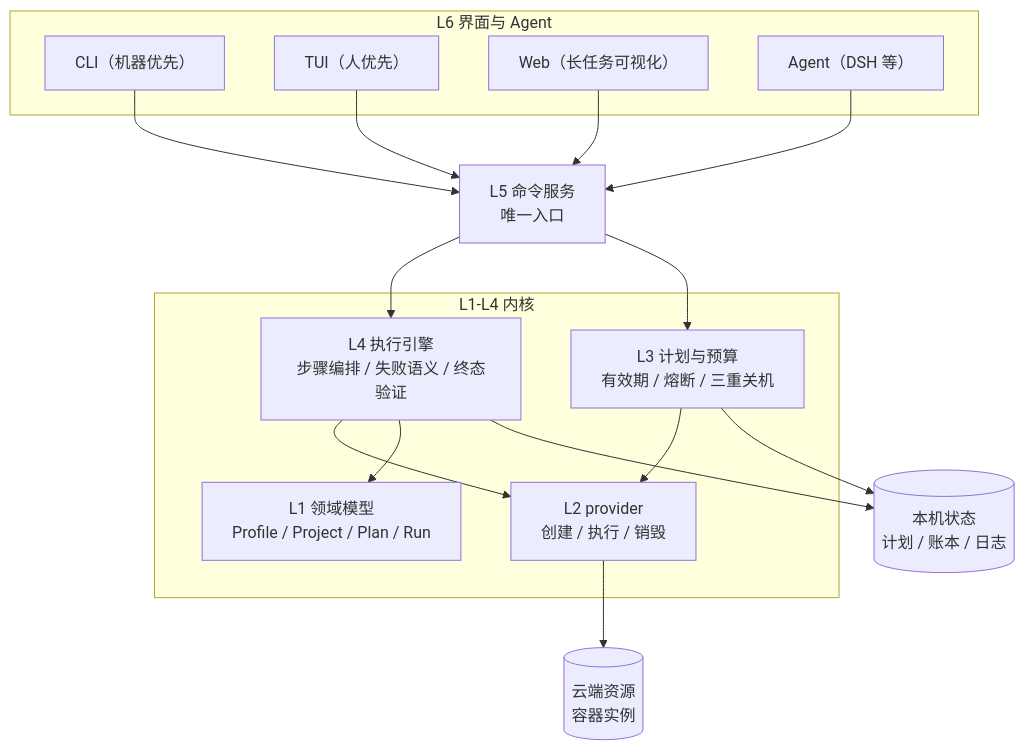
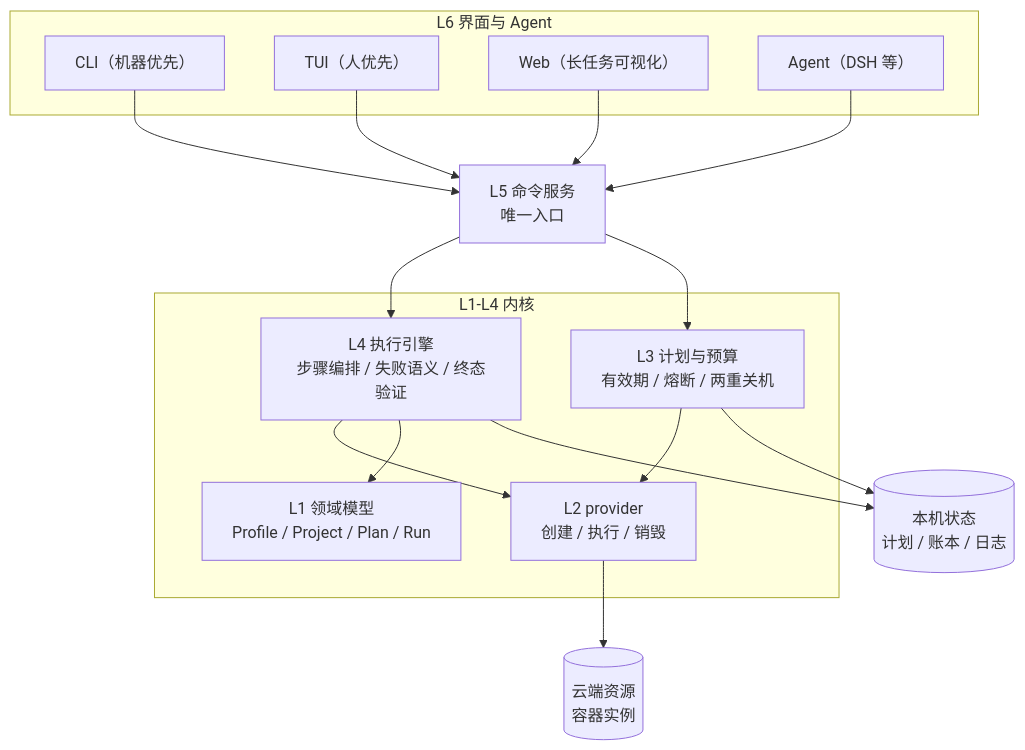
One commit to ZQH123196/deploydeck changed the diagram in docs/architecture.md. Above: the diagram before and after it, drawn with Mermaid. The commit also changed 42 other files, not shown here.

````diff
--- a/docs/architecture.md
+++ b/docs/architecture.md
@@ -9,34 +9,34 @@
 ```mermaid
 flowchart TB
   subgraph U["L6 界面与 Agent"]
     CLI["CLI（机器优先）"]
     TUI["TUI（人优先）"]
     WEB["Web（长任务可视化）"]
     AGENT["Agent（DSH 等）"]
   end
 
   CS["L5 命令服务<br/>唯一入口"]
 
   subgraph CORE["L1-L4 内核"]
     ENG["L4 执行引擎<br/>步骤编排 / 失败语义 / 终态验证"]
-    PLN["L3 计划与预算<br/>有效期 / 熔断 / 三重关机"]
+    PLN["L3 计划与预算<br/>有效期 / 熔断 / 两重关机"]
     PRV["L2 provider<br/>创建 / 执行 / 销毁"]
     DOM["L1 领域模型<br/>Profile / Project / Plan / Run"]
   end
 
   CLOUD[("云端资源<br/>容器实例")]
   DISK[("本机状态<br/>计划 / 账本 / 日志")]
 
   CLI --> CS
   TUI --> CS
   WEB --> CS
   AGENT --> CS
   CS --> ENG
   CS --> PLN
   ENG --> PRV
   ENG --> DOM
   PLN --> PRV
   PLN --> DISK
   PRV --> CLOUD
   ENG --> DISK
 ```
````
